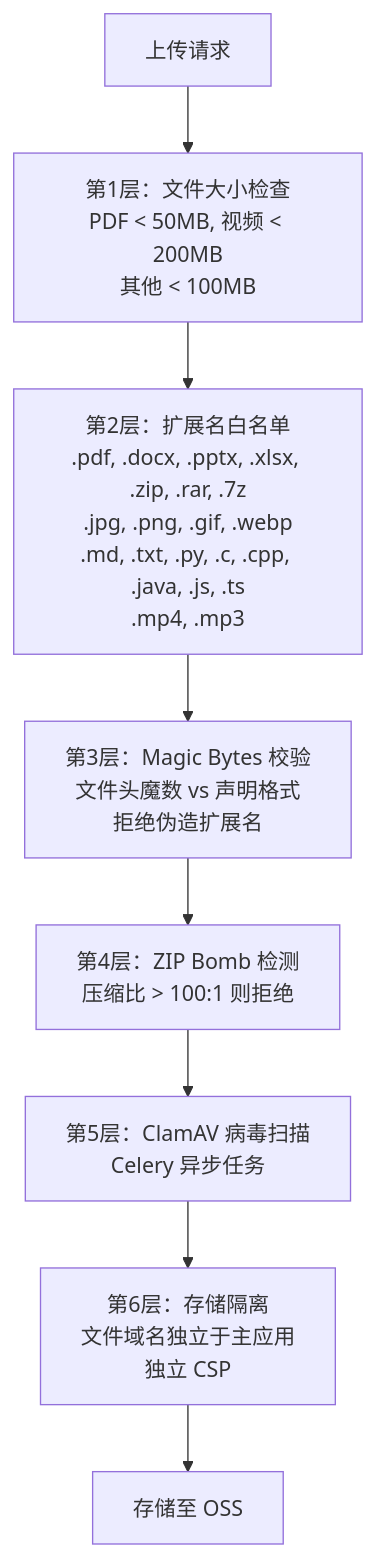
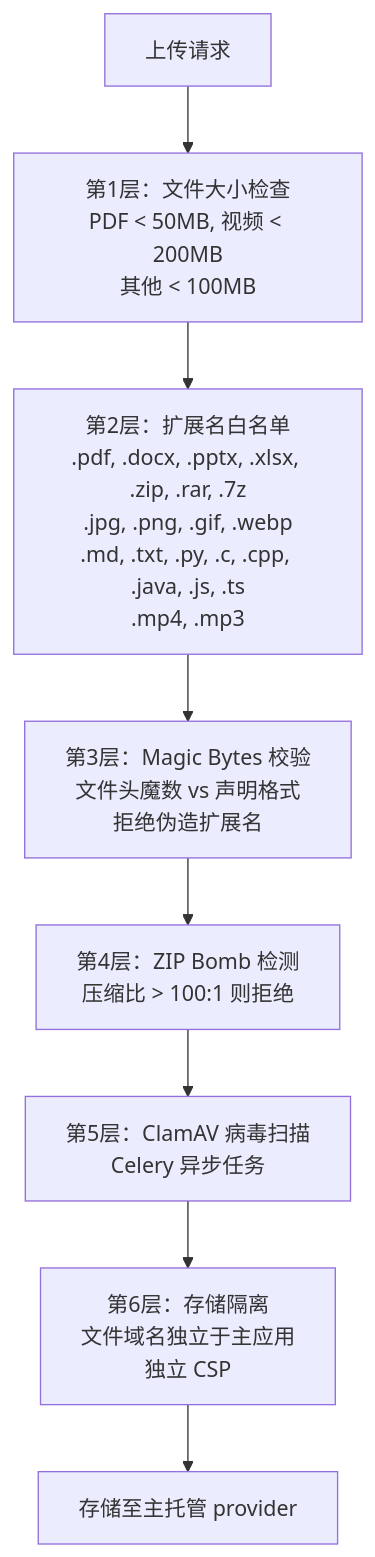
One commit to SCUStack/scustack changed the fifth of 11 diagrams in docs/ARCHITECTURE-技术架构.md. Above: the diagram before and after it, drawn with Mermaid. The commit also changed other lines of this file and 8 other files, not shown here.

````diff
--- a/docs/ARCHITECTURE-技术架构.md
+++ b/docs/ARCHITECTURE-技术架构.md
@@ -879,10 +949,10 @@
 ```mermaid
 flowchart TD
     A["上传请求"] --> B["第1层：文件大小检查<br/>PDF < 50MB, 视频 < 200MB<br/>其他 < 100MB"]
     B --> C["第2层：扩展名白名单<br/>.pdf, .docx, .pptx, .xlsx, .zip, .rar, .7z<br/>.jpg, .png, .gif, .webp<br/>.md, .txt, .py, .c, .cpp, .java, .js, .ts<br/>.mp4, .mp3"]
     C --> D["第3层：Magic Bytes 校验<br/>文件头魔数 vs 声明格式<br/>拒绝伪造扩展名"]
     D --> E["第4层：ZIP Bomb 检测<br/>压缩比 > 100:1 则拒绝"]
     E --> F["第5层：ClamAV 病毒扫描<br/>Celery 异步任务"]
     F --> G["第6层：存储隔离<br/>文件域名独立于主应用<br/>独立 CSP"]
-    G --> H["存储至 OSS"]
+    G --> H["存储至主托管 provider"]
 ```
````
